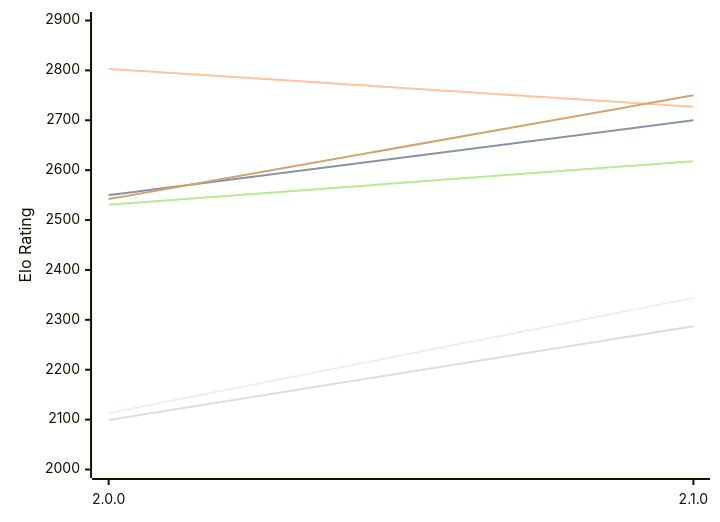
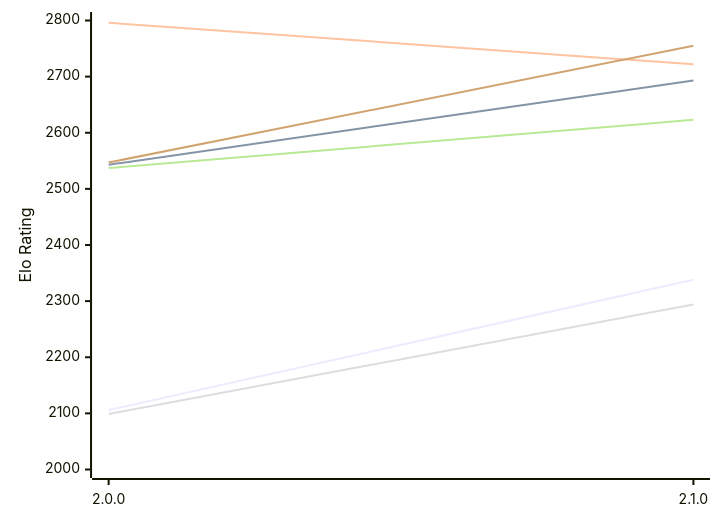
Before and after one commit to computer-chess-index/cci: the first of 2 diagrams in engines/Ratsu.md, drawn with Mermaid. The commit also changed other lines of this file, not shown here.

Commit message:
Update CCI Ratings (ELO VLTC) - 2026-11-18

````diff
--- a/engines/Ratsu.md
+++ b/engines/Ratsu.md
@@ -54,12 +54,12 @@
 ```mermaid
 %%{init: {"theme":"base","themeVariables":{"seriesColors:['#a3a3a3','#222221','#faa371']}}}%%
 xychart-beta
   x-axis ["2.0.0", "2.1.0"]
-  y-axis "Elo Rating" 2000 --> 2900
-  line "E1: STC (8.0+0.08s)" [2113, 2344]
-  line "E1: LTC (60.0+0.60s)" [2550, 2700]
-  line "E1: VLTC (2m24s+1.12s)" [2803, 2727]
-  line "P1: STC (8.0+0.08s)" [2099, 2287]
-  line "P1: LTC (60.0+0.60s)" [2531, 2618]
-  line "P1: VLTC (2m24s+1.12s)" [2542, 2750]
+  y-axis "Elo Rating" 2000 --> 2800
+  line "E1: STC (8.0+0.08s)" [2106, 2338]
+  line "E1: LTC (60.0+0.60s)" [2543, 2693]
+  line "E1: VLTC (2m24s+1.12s)" [2796, 2722]
+  line "P1: STC (8.0+0.08s)" [2099, 2294]
+  line "P1: LTC (60.0+0.60s)" [2537, 2623]
+  line "P1: VLTC (2m24s+1.12s)" [2547, 2755]
 ```
````
